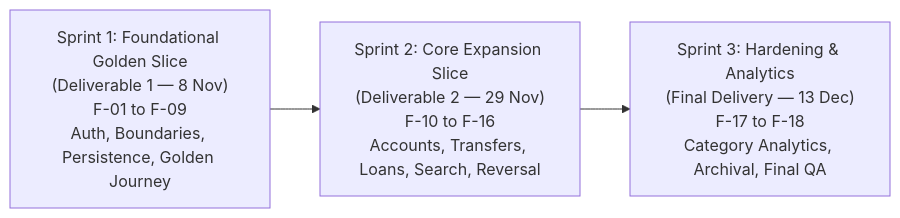
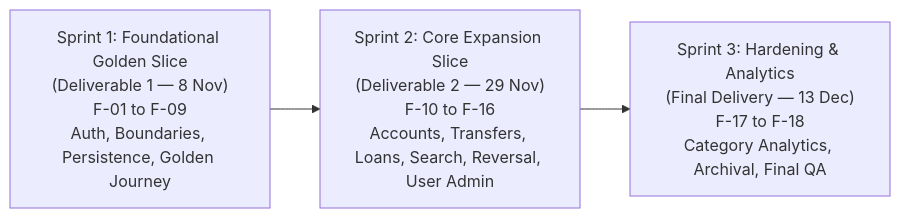
The first of 2 diagrams in docs/sprints/plan.md (Pilaiwan3492/Whatsss-PMandELS), drawn with Mermaid before and after one commit. The commit also changed other lines of this file and 15 other files, not shown here.

````diff
--- a/docs/sprints/plan.md
+++ b/docs/sprints/plan.md
@@ -15,6 +15,6 @@
 ```mermaid
 flowchart LR
     S1["Sprint 1: Foundational Golden Slice\n(Deliverable 1 — 8 Nov)\nF-01 to F-09\nAuth, Boundaries, Persistence, Golden Journey"] --> 
-    S2["Sprint 2: Core Expansion Slice\n(Deliverable 2 — 29 Nov)\nF-10 to F-16\nAccounts, Transfers, Loans, Search, Reversal"] --> 
+    S2["Sprint 2: Core Expansion Slice\n(Deliverable 2 — 29 Nov)\nF-10 to F-16\nAccounts, Transfers, Loans, Search, Reversal, User Admin"] --> 
     S3["Sprint 3: Hardening & Analytics\n(Final Delivery — 13 Dec)\nF-17 to F-18\nCategory Analytics, Archival, Final QA"]
 ```
````
